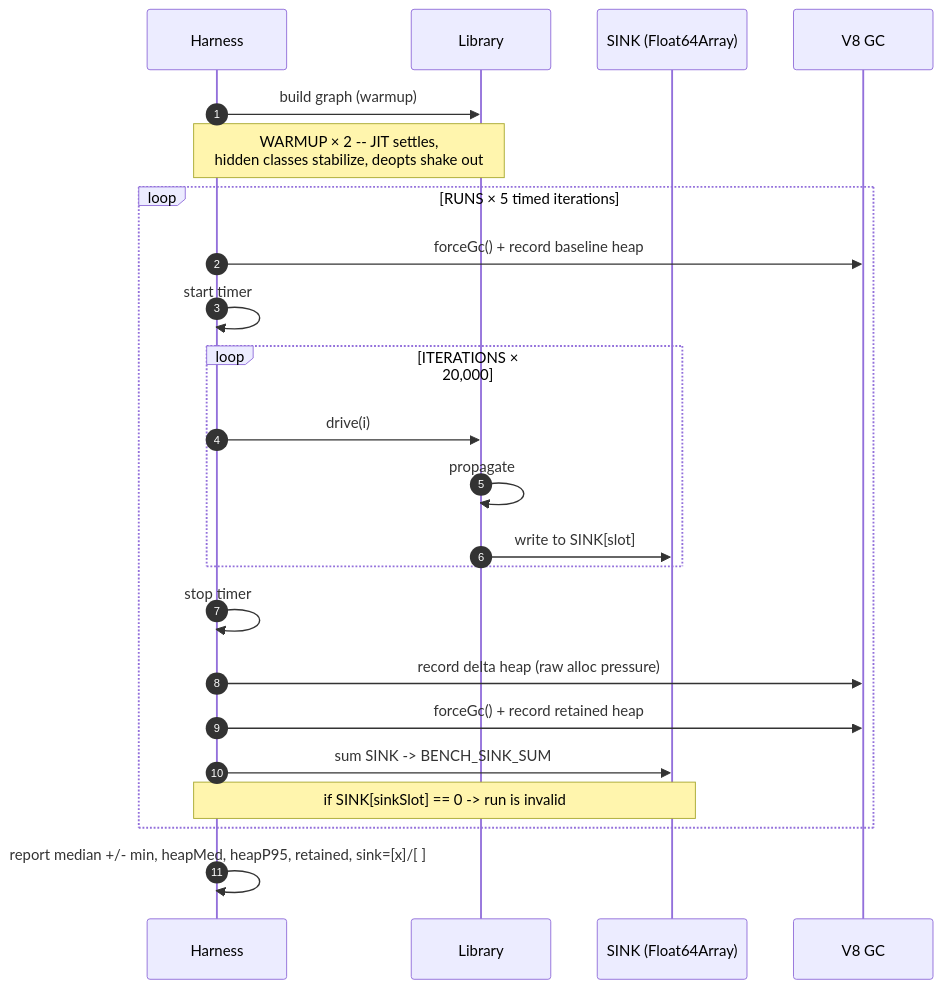
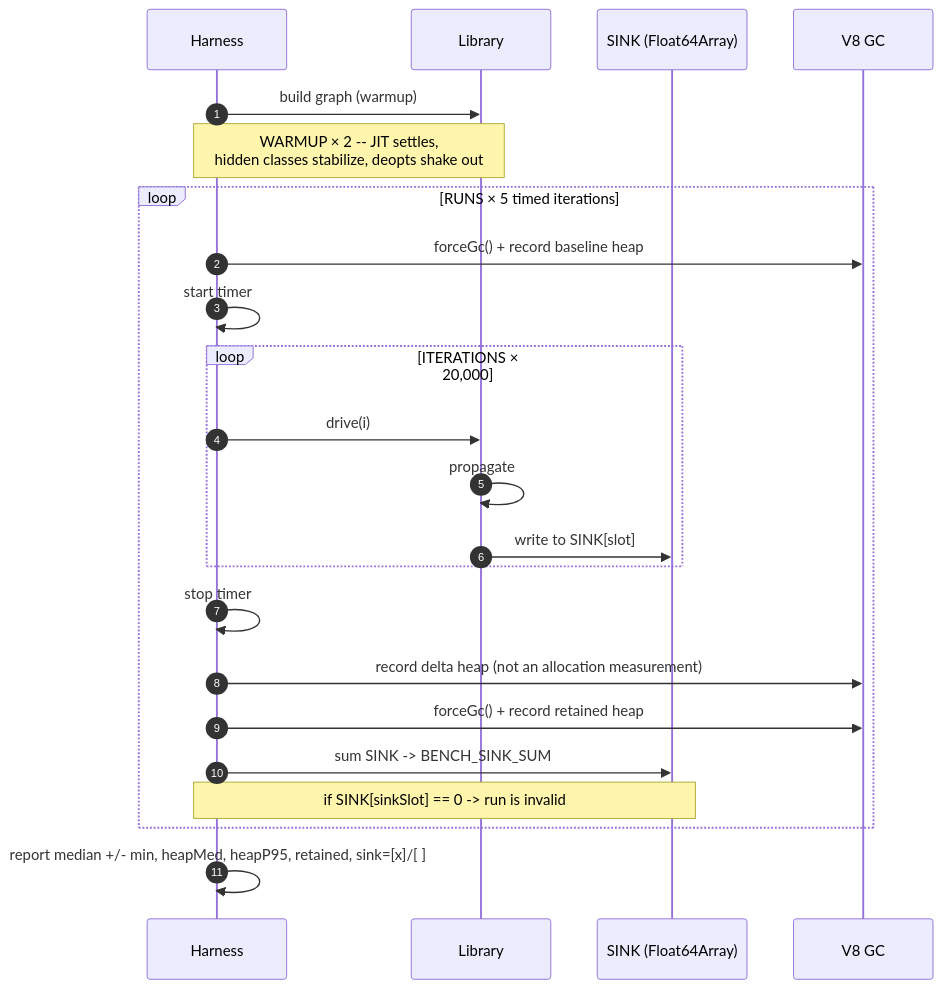
The first of 6 diagrams in bench/torture/README.md (PeshoVurtoleta/lite-signal), drawn with Mermaid before and after one commit. The commit also changed other lines of this file and 5 other files, not shown here.

````diff
--- a/bench/torture/README.md
+++ b/bench/torture/README.md
@@ -27,28 +27,28 @@
 ```mermaid
 sequenceDiagram
     autonumber
     participant H as Harness
     participant L as Library
     participant S as SINK (Float64Array)
     participant V as V8 GC
 
     H->>L: build graph (warmup)
     Note over H,L: WARMUP × 2 -- JIT settles,<br/>hidden classes stabilize, deopts shake out
 
     loop RUNS × 5 timed iterations
         H->>V: forceGc() + record baseline heap
         H->>H: start timer
         loop ITERATIONS × 20,000
             H->>L: drive(i)
             L->>L: propagate
             L->>S: write to SINK[slot]
         end
         H->>H: stop timer
-        H->>V: record delta heap (raw alloc pressure)
+        H->>V: record delta heap (not an allocation measurement)
         H->>V: forceGc() + record retained heap
         H->>S: sum SINK -> BENCH_SINK_SUM
         Note over H,S: if SINK[sinkSlot] == 0 -> run is invalid
     end
 
     H->>H: report median +/- min, heapMed, heapP95, retained, sink=[x]/[ ]
 ```
````
